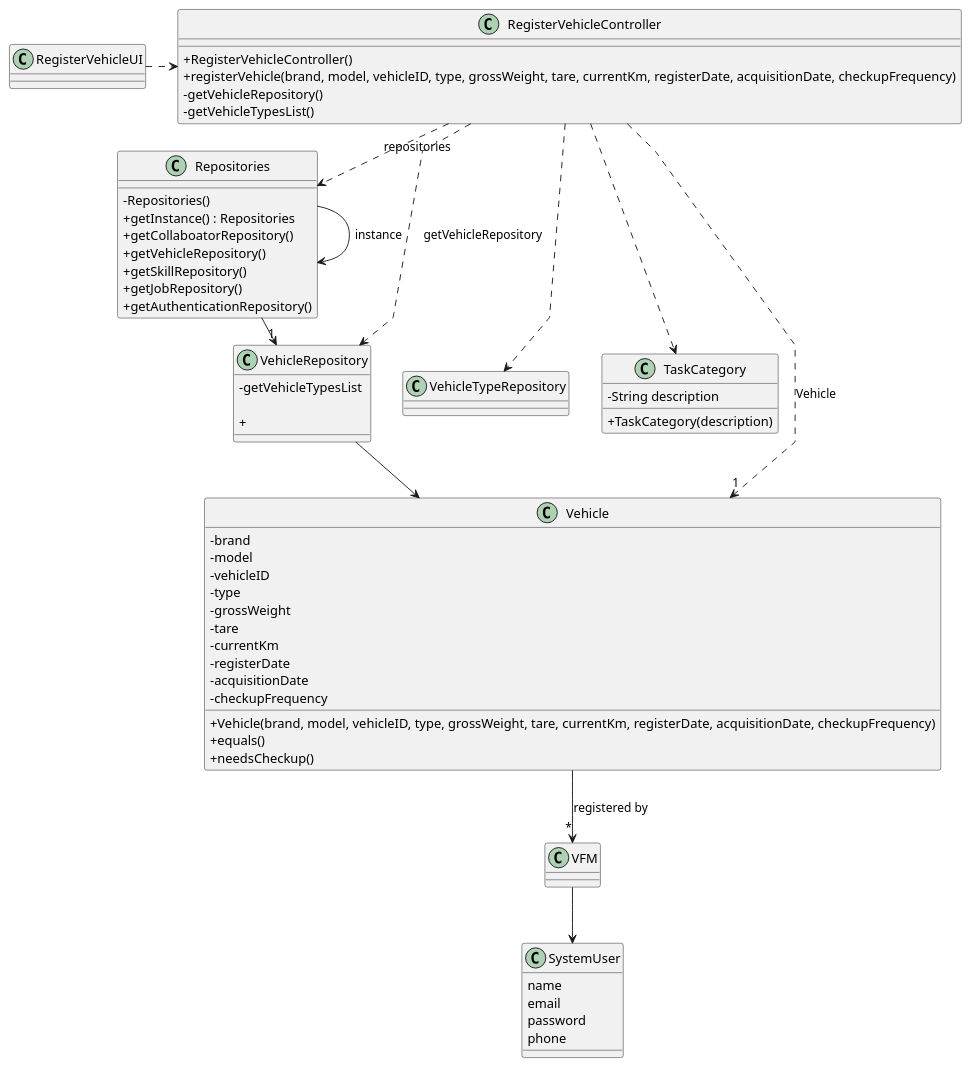
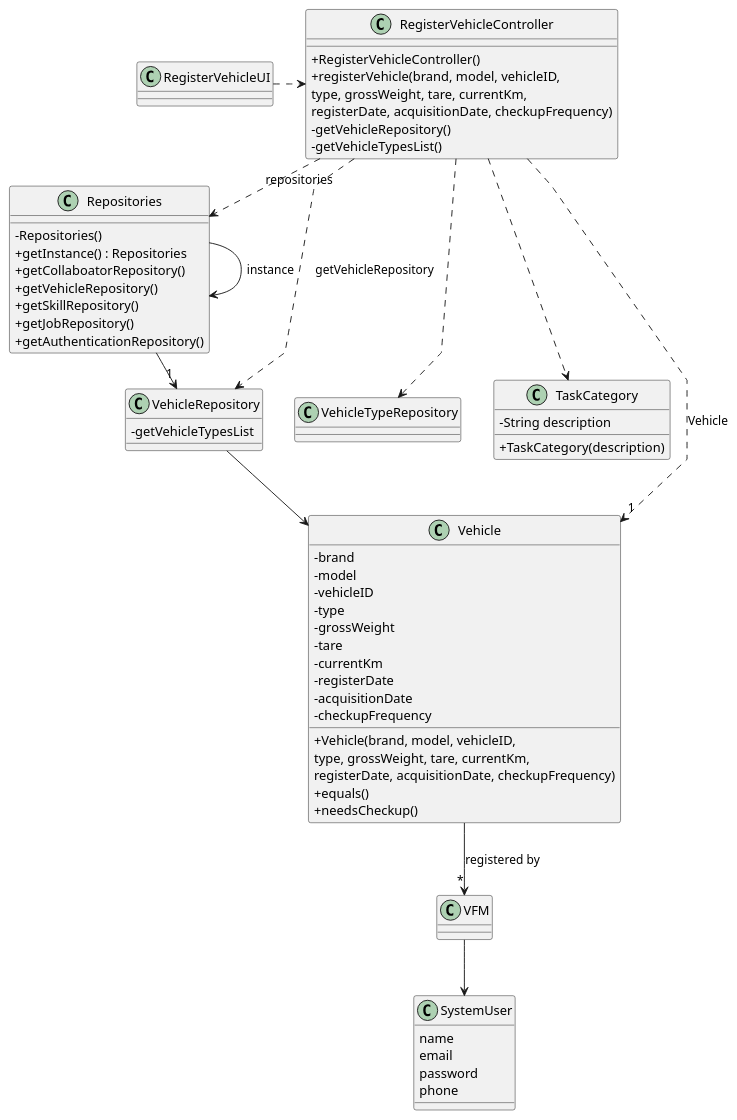
The diagram in docs/sprint B/us006/03.design/puml/us006-class-diagram.puml (Departamento-de-Engenharia-Informatica/lei-24-s2-1df-1de-g063), drawn with PlantUML before and after one commit. The commit also changed 1 other file, not shown here.

Commit message:
alteraloes class diagram us007

```diff
--- a/docs/sprint B/us006/03.design/puml/us006-class-diagram.puml
+++ b/docs/sprint B/us006/03.design/puml/us006-class-diagram.puml
@@ -1,102 +1,102 @@
 @startuml
 'skinparam monochrome true
 skinparam packageStyle rectangle
 skinparam shadowing false
 skinparam linetype polyline
 'skinparam linetype orto
 
 skinparam classAttributeIconSize 0
 
 'left to right direction
 
 
 
 class VehicleTypeRepository{
 }
 
 class VFM {
 }
 
 class SystemUser {
     name
     email
     password
     phone
 }
 
 class TaskCategory {
     - String description
 
     + TaskCategory(description)
 }
 
 class Vehicle {
     - brand
     - model
     - vehicleID
     - type
     - grossWeight
     - tare
     - currentKm
     - registerDate
     - acquisitionDate
     - checkupFrequency
 
-    + Vehicle(brand, model, vehicleID, type, grossWeight, tare, currentKm, registerDate, acquisitionDate, checkupFrequency)
+    + Vehicle(brand, model, vehicleID, \ntype, grossWeight, tare, currentKm, \nregisterDate, acquisitionDate, checkupFrequency)
     + equals()
     + needsCheckup()
 
 
 '  +saveTask(task)
 }
 
 class VehicleRepository {
     -getVehicleTypesList
 
-    +
+
 }
 
 class Repositories {
     - Repositories()
     + getInstance() : Repositories
     + getCollaboatorRepository()
     + getVehicleRepository()
     + getSkillRepository()
     + getJobRepository()
     + getAuthenticationRepository()
 
 }
 
 class RegisterVehicleController {
     + RegisterVehicleController()
-    + registerVehicle(brand, model, vehicleID, type, grossWeight, tare, currentKm, registerDate, acquisitionDate, checkupFrequency)
+    + registerVehicle(brand, model, vehicleID, \ntype, grossWeight, tare, currentKm, \nregisterDate, acquisitionDate, checkupFrequency)
     - getVehicleRepository()
     - getVehicleTypesList()
 }
 
 
 
 Repositories -> Repositories : instance
 
 
 RegisterVehicleUI .> RegisterVehicleController
 
 RegisterVehicleController .> Repositories : repositories
 
 Repositories -> "1" VehicleRepository
 
 RegisterVehicleController ..> TaskCategory
 
 RegisterVehicleController ..> VehicleRepository : getVehicleRepository
 
 RegisterVehicleController..> "1" Vehicle : Vehicle
 
 RegisterVehicleController ..> VehicleTypeRepository
 
 VehicleRepository --> Vehicle
 
 VFM --> SystemUser
 
 Vehicle --> "*" VFM : registered by
 
 @enduml
```
